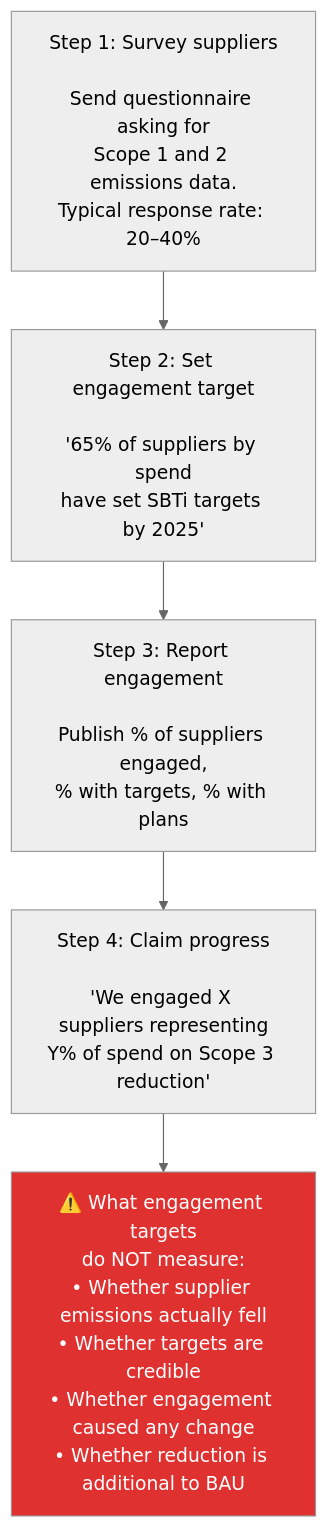
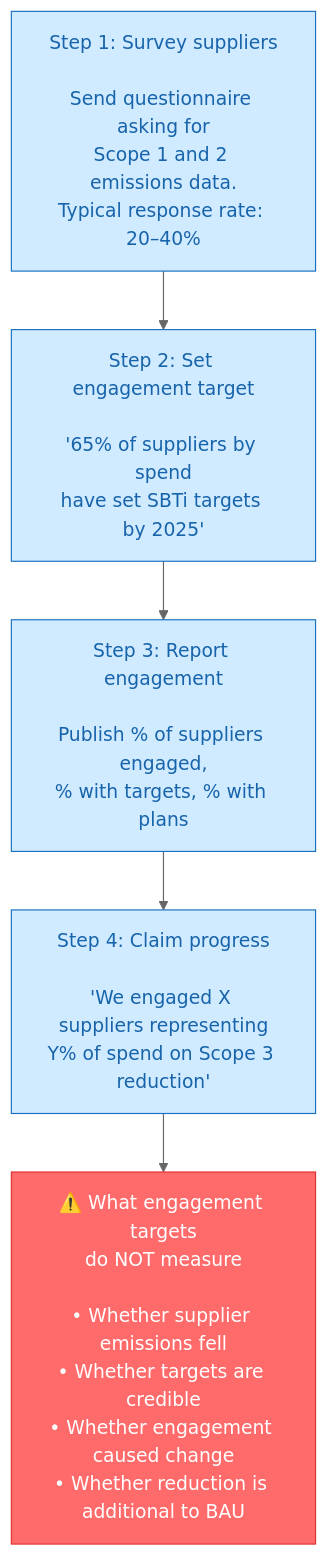
The third of 9 diagrams in 04_abatement_challenges.md (co3org/Scope3-Challenge), drawn with Mermaid (neutral theme) before and after one commit. The commit also changed other lines of this file and 10 other files, not shown here.

First line of the commit message:
Redesign all 57 Mermaid diagrams with a consistent, semantic design system

````diff
--- a/04_abatement_challenges.md
+++ b/04_abatement_challenges.md
@@ -113,13 +134,16 @@
 ```mermaid
 flowchart TD
+    classDef info fill:#d0ebff,stroke:#1971c2,color:#1864ab;
+    classDef bad fill:#ff6b6b,stroke:#e03131,color:#fff;
+
     Step1["Step 1: Survey suppliers\n\nSend questionnaire asking for\nScope 1 and 2 emissions data.\nTypical response rate: 20–40%"]
     Step2["Step 2: Set engagement target\n\n'65% of suppliers by spend\nhave set SBTi targets by 2025'"]
     Step3["Step 3: Report engagement\n\nPublish % of suppliers engaged,\n% with targets, % with plans"]
     Step4["Step 4: Claim progress\n\n'We engaged X suppliers representing\nY% of spend on Scope 3 reduction'"]
-
-    Problem["⚠️ What engagement targets\ndo NOT measure:\n• Whether supplier emissions actually fell\n• Whether targets are credible\n• Whether engagement caused any change\n• Whether reduction is additional to BAU"]
+    Problem["⚠️ What engagement targets\ndo NOT measure\n\n• Whether supplier emissions fell\n• Whether targets are credible\n• Whether engagement caused change\n• Whether reduction is additional to BAU"]
 
     Step1 --> Step2 --> Step3 --> Step4 --> Problem
 
-    style Problem fill:#e03131,color:#fff
+    class Step1,Step2,Step3,Step4 info;
+    class Problem bad;
 ```
````
